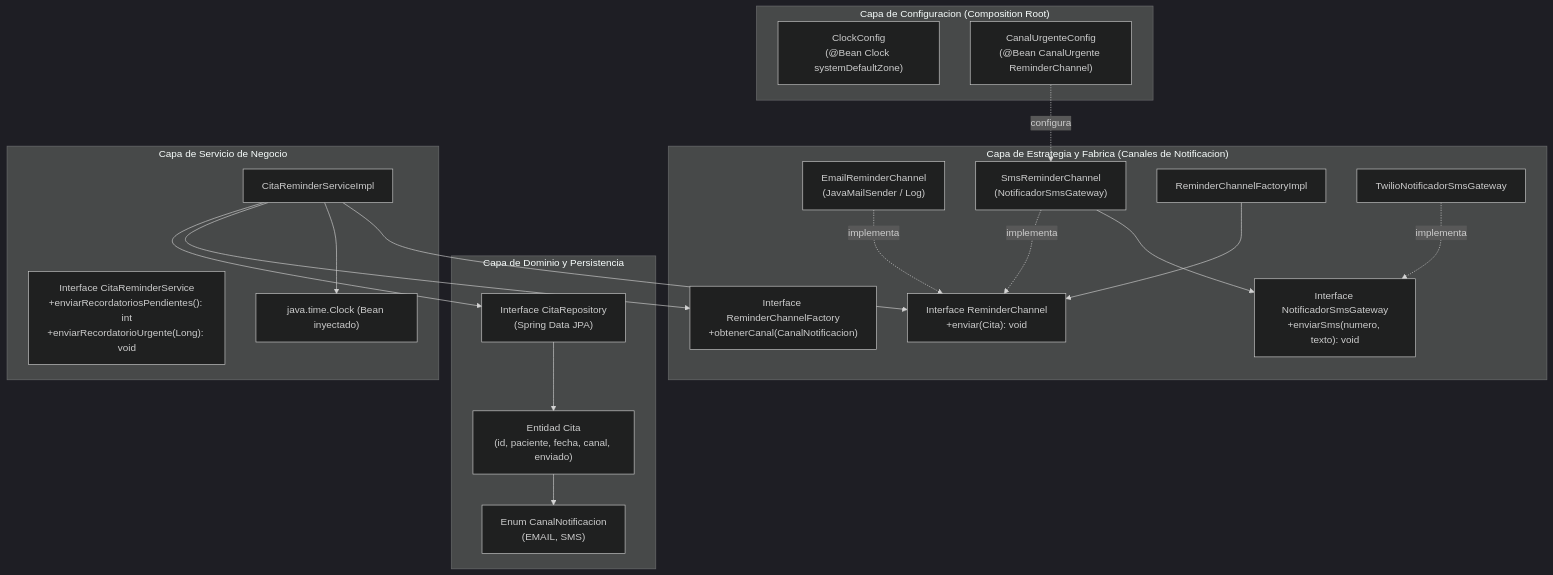
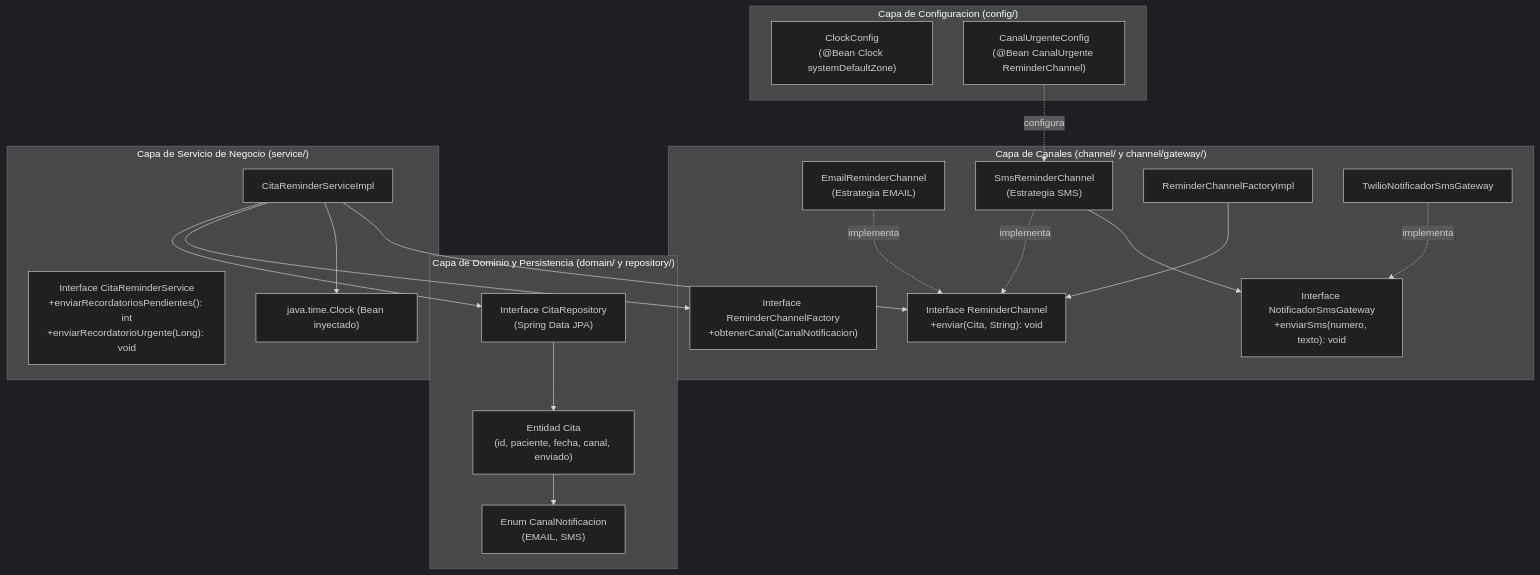
One commit to nicolaspalacio-bit/palacio-post1-u9 changed the first of 3 diagrams in README.md. Above: the diagram before and after it, drawn with Mermaid (dark theme). The commit also changed other lines of this file and 6 other files, not shown here.

````diff
--- a/README.md
+++ b/README.md
@@ -51,42 +51,42 @@
 ```mermaid
 flowchart TD
-    subgraph Dominio ["Capa de Dominio y Persistencia"]
+    subgraph Dominio ["Capa de Dominio y Persistencia (domain/ y repository/)"]
         Cita["Entidad Cita<br/>(id, paciente, fecha, canal, enviado)"]
         CanalEnum["Enum CanalNotificacion<br/>(EMAIL, SMS)"]
         CitaRepo["Interface CitaRepository<br/>(Spring Data JPA)"]
     end
 
-    subgraph Canales ["Capa de Estrategia y Fabrica (Canales de Notificacion)"]
-        ReminderChannel["Interface ReminderChannel<br/>+enviar(Cita): void"]
-        EmailChannel["EmailReminderChannel<br/>(JavaMailSender / Log)"]
-        SmsChannel["SmsReminderChannel<br/>(NotificadorSmsGateway)"]
+    subgraph Canales ["Capa de Canales (channel/ y channel/gateway/)"]
+        ReminderChannel["Interface ReminderChannel<br/>+enviar(Cita, String): void"]
+        EmailChannel["EmailReminderChannel<br/>(Estrategia EMAIL)"]
+        SmsChannel["SmsReminderChannel<br/>(Estrategia SMS)"]
         Factory["Interface ReminderChannelFactory<br/>+obtenerCanal(CanalNotificacion)"]
         FactoryImpl["ReminderChannelFactoryImpl"]
         Gateway["Interface NotificadorSmsGateway<br/>+enviarSms(numero, texto): void"]
         TwilioGateway["TwilioNotificadorSmsGateway"]
     end
 
-    subgraph Servicio ["Capa de Servicio de Negocio"]
+    subgraph Servicio ["Capa de Servicio de Negocio (service/)"]
         Service["Interface CitaReminderService<br/>+enviarRecordatoriosPendientes(): int<br/>+enviarRecordatorioUrgente(Long): void"]
         ServiceImpl["CitaReminderServiceImpl"]
         ClockBean["java.time.Clock (Bean inyectado)"]
     end
 
-    subgraph Infraestructura ["Capa de Configuracion (Composition Root)"]
+    subgraph Infraestructura ["Capa de Configuracion (config/)"]
         ClockConfig["ClockConfig<br/>(@Bean Clock systemDefaultZone)"]
         CanalUrgenteConfig["CanalUrgenteConfig<br/>(@Bean CanalUrgente ReminderChannel)"]
     end
 
     ServiceImpl --> CitaRepo
     ServiceImpl --> Factory
     ServiceImpl --> ClockBean
     ServiceImpl --> ReminderChannel
     FactoryImpl --> ReminderChannel
     EmailChannel -.->|implementa| ReminderChannel
     SmsChannel -.->|implementa| ReminderChannel
     SmsChannel --> Gateway
     TwilioGateway -.->|implementa| Gateway
     CitaRepo --> Cita
     Cita --> CanalEnum
     CanalUrgenteConfig -.->|configura| SmsChannel
 ```
````
